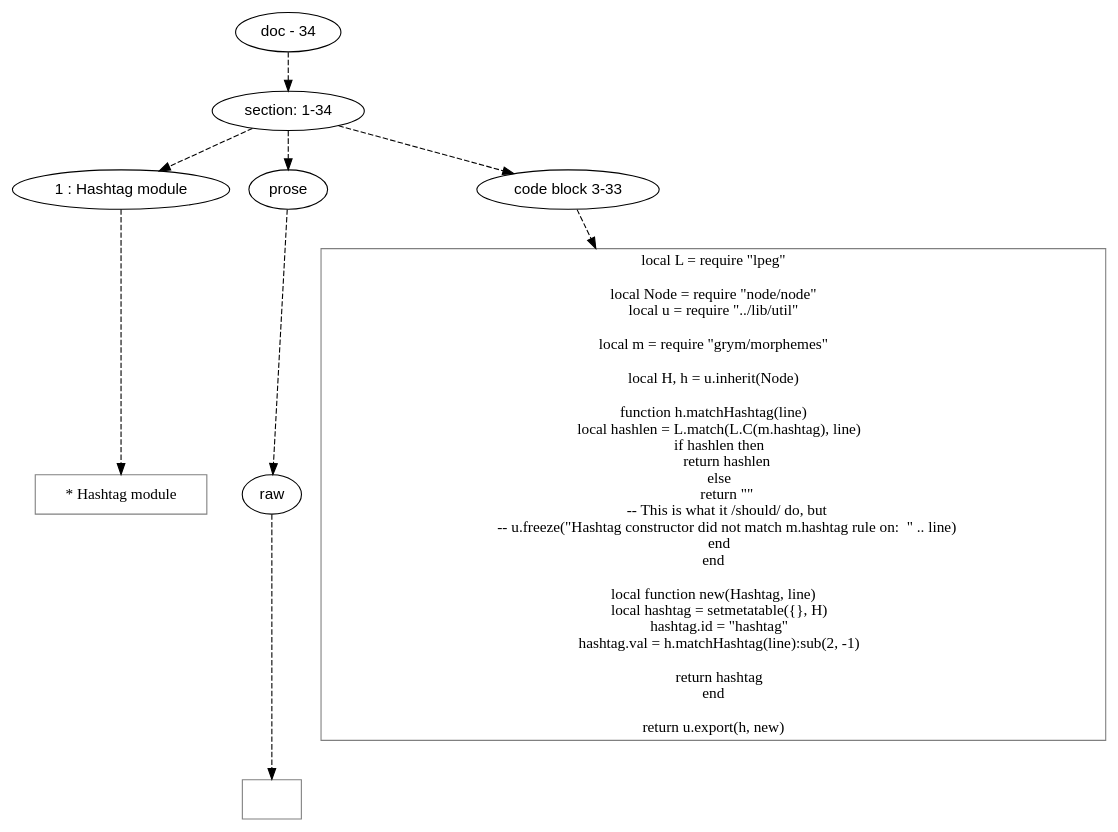
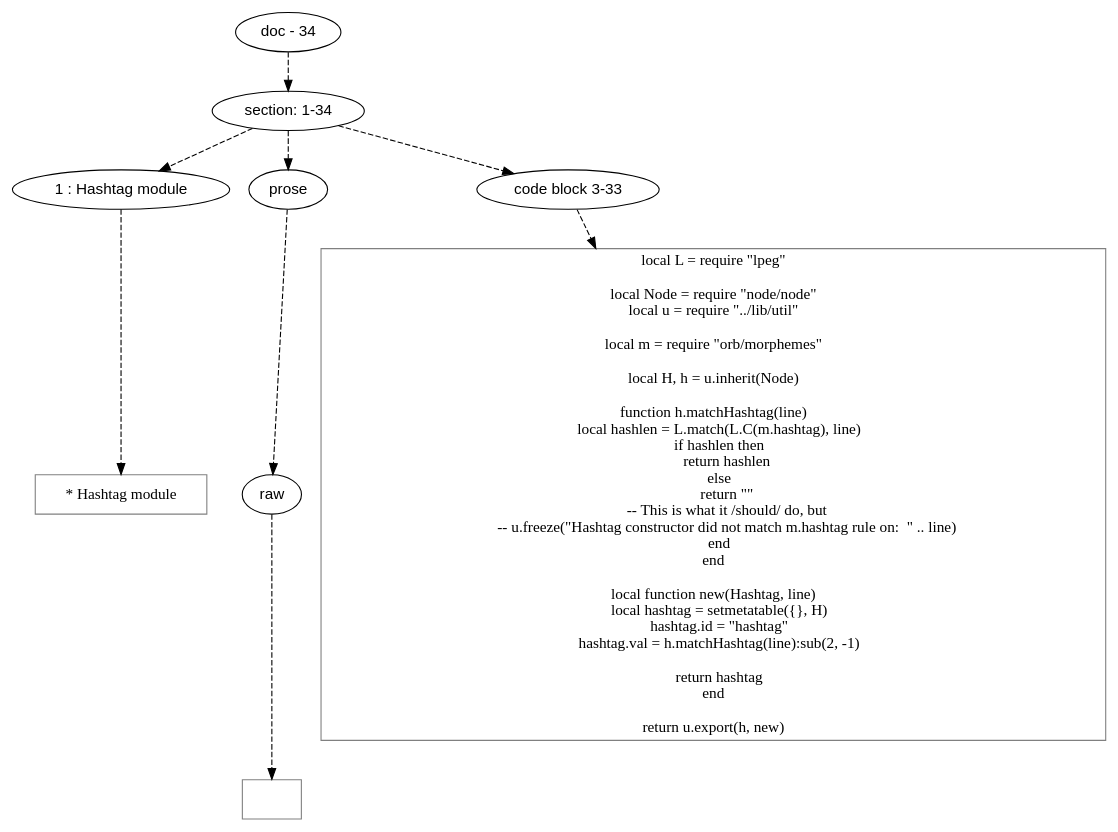
The diagram in doc/dot/grym/hashtag.dot (mnemnion/orb), drawn with Graphviz before and after one commit. The commit also changed 95 other files, not shown here.

```diff
--- a/doc/dot/grym/hashtag.dot
+++ b/doc/dot/grym/hashtag.dot
@@ -1,79 +1,79 @@
 digraph lpegNode {
 
 node [fontname=Helvetica]
 edge [style=dashed]
 
 doc_0 [label="doc - 34"]
 
 
 doc_0 -> { section_1}
 {rank=same; section_1}
 
 section_1 [label="section: 1-34"]
 
 
 // END RANK doc_0
 
 section_1 -> { header_2 prose_3 codeblock_4}
 {rank=same; header_2 prose_3 codeblock_4}
 
 header_2 [label="1 : Hashtag module"]
 
 prose_3 [label="prose"]
 
 codeblock_4 [label="code block 3-33"]
 
 
 // END RANK section_1
 
 header_2 -> leaf_5
 leaf_5  [color=Gray,shape=rectangle,fontname=Inconsolata,label=" * Hashtag module"]
 // END RANK header_2
 
 prose_3 -> { raw_6}
 {rank=same; raw_6}
 
 raw_6 [label="raw"]
 
 
 // END RANK prose_3
 
 raw_6 -> leaf_7
 leaf_7  [color=Gray,shape=rectangle,fontname=Inconsolata,label="
 "]
 // END RANK raw_6
 
 codeblock_4 -> leaf_8
 leaf_8  [color=Gray,shape=rectangle,fontname=Inconsolata,label="local L = require \"lpeg\"
 
 local Node = require \"node/node\"
 local u = require \"../lib/util\"
 
-local m = require \"grym/morphemes\"
+local m = require \"orb/morphemes\"
 
 local H, h = u.inherit(Node)
 
 function h.matchHashtag(line)
     local hashlen = L.match(L.C(m.hashtag), line)
     if hashlen then
         return hashlen
     else
         return \"\"
         -- This is what it /should/ do, but
         -- u.freeze(\"Hashtag constructor did not match m.hashtag rule on:  \" .. line)
     end
 end
 
 local function new(Hashtag, line)
     local hashtag = setmetatable({}, H)
     hashtag.id = \"hashtag\"
     hashtag.val = h.matchHashtag(line):sub(2, -1)
 
     return hashtag
 end
 
 return u.export(h, new)"]
 // END RANK codeblock_4
 
 
 }
```
